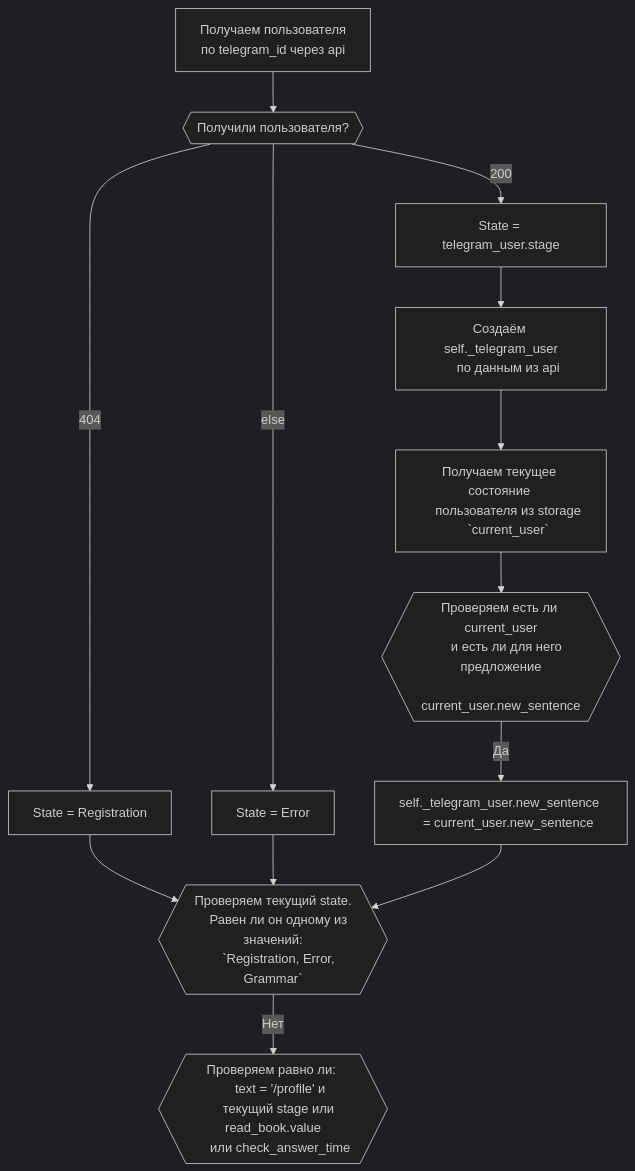
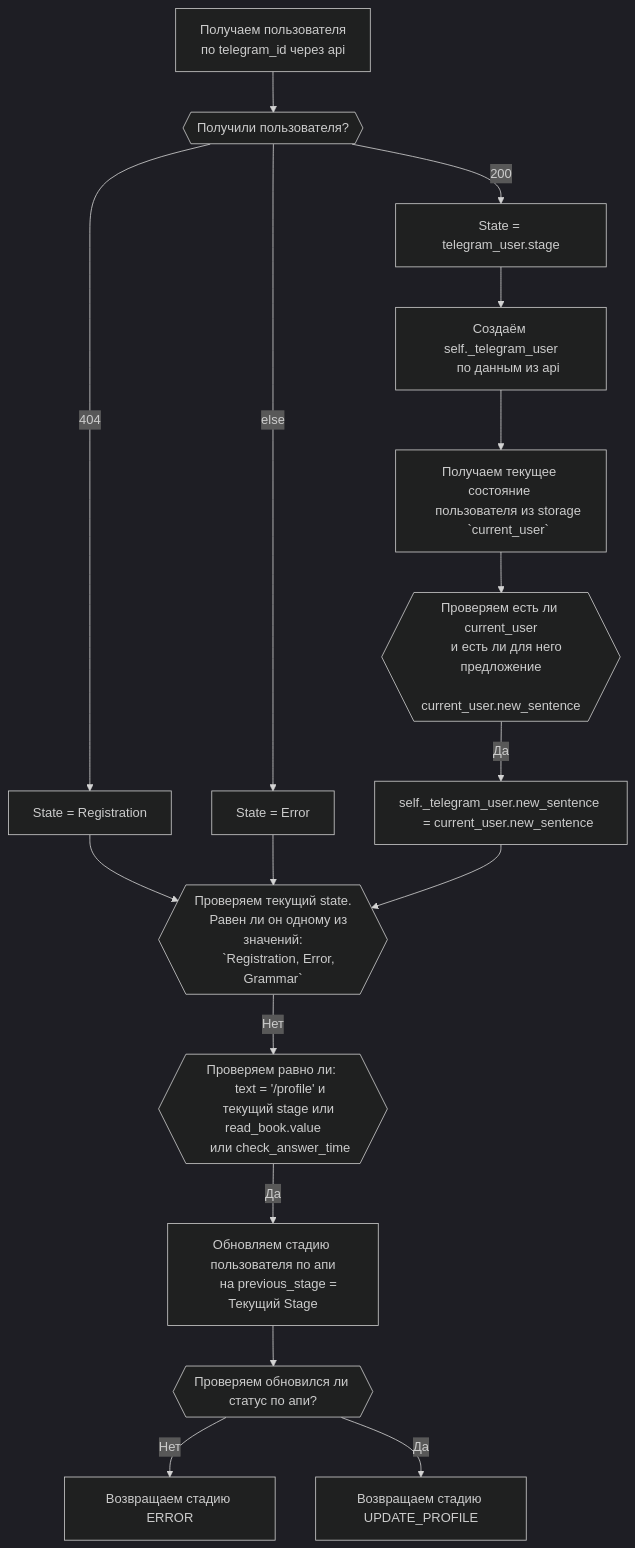
One commit to psgaiduk/learning_en_telegram_bot changed the diagram in documentation/middlewears_set_state.md. Above: the diagram before and after it, drawn with Mermaid (dark theme).

Commit message:
docs(documentation): add update profile stage in middlewears_set_state

````diff
--- a/documentation/middlewears_set_state.md
+++ b/documentation/middlewears_set_state.md
@@ -1,39 +1,50 @@
 ```mermaid
 graph TD;
     start[Получаем пользователя
     по telegram_id через api
     ] --> check_get_user{{Получили пользователя?}}
     check_get_user --> |404| user_not_found[State = Registration]
     check_get_user --> |200| user_found[State = telegram_user.stage]
     check_get_user --> |else| error_user[State = Error]
     user_found --> create_telegram_user[
     Создаём self._telegram_user
     по данным из api
     ]
     create_telegram_user --> get_current_telegram_user[
     Получаем текущее состояние 
     пользователя из storage
     `current_user`
     ]
     get_current_telegram_user --> check_current_user{{
     Проверяем есть ли current_user
     и есть ли для него предложение
     current_user.new_sentence
     }}
     check_current_user --> |Да| update_new_sentence[self._telegram_user.new_sentence 
     = current_user.new_sentence
     ]
     user_not_found --> check_current_state{{
     Проверяем текущий state.
     Равен ли он одному из значений:
     `Registration, Error, Grammar`
     }}
     error_user --> check_current_state
     update_new_sentence --> check_current_state
     check_current_state --> |Нет| check_update_profile_state{{
     Проверяем равно ли: 
     text = '/profile' и
     текущий stage или read_book.value
     или check_answer_time
     }}
+    check_update_profile_state --> |Да| update_stage_to_profile[
+    Обновляем стадию пользователя по апи
+    на previous_stage = Текущий Stage]
+    update_stage_to_profile --> check_update_stage_to_profile{{
+    Проверяем обновился ли статус по апи?
+    }}
+    check_update_stage_to_profile --> |Нет| return_error_update_stage_profile[
+    Возвращаем стадию ERROR]
+    check_update_stage_to_profile --> |Да| return_update_profle_stage[
+    Возвращаем стадию UPDATE_PROFILE]
+    
 ```
````
